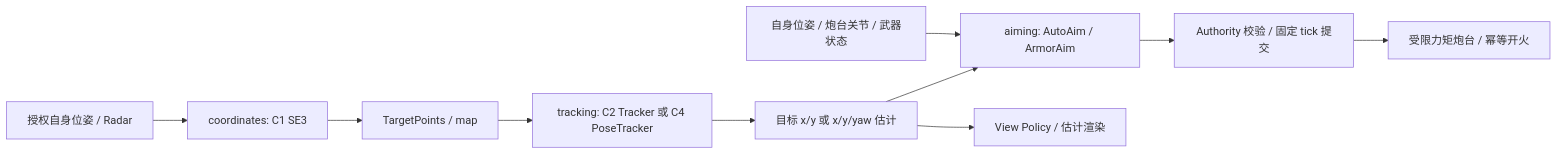
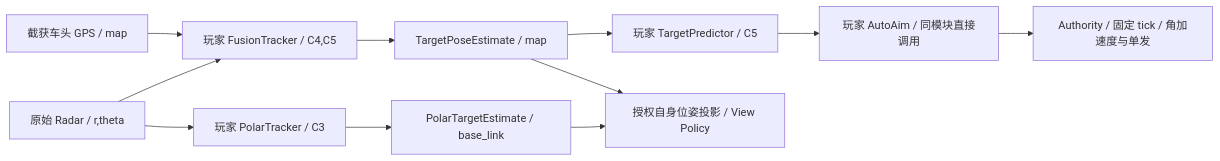
The diagram in docs/26_MODULE_GRAPH_AND_WEAPONS_CHAPTER.md (Yangyongyu0506/TankBot), drawn with Mermaid before and after one commit. The commit also changed other lines of this file and 84 other files, not shown here.

````diff
--- a/docs/26_MODULE_GRAPH_AND_WEAPONS_CHAPTER.md
+++ b/docs/26_MODULE_GRAPH_AND_WEAPONS_CHAPTER.md
@@ -29,12 +26,13 @@
 ```mermaid
 flowchart LR
-    S[授权自身位姿 / Radar] --> C[coordinates: C1 SE3]
-    C --> P[TargetPoints / map]
-    P --> T[tracking: C2 Tracker 或 C4 PoseTracker]
-    T --> E[目标 x/y 或 x/y/yaw 估计]
-    E --> A[aiming: AutoAim / ArmorAim]
-    J[自身位姿 / 炮台关节 / 武器状态] --> A
-    A --> G[Authority 校验 / 固定 tick 提交]
-    G --> M[受限力矩炮台 / 幂等开火]
-    E --> V[View Policy / 估计渲染]
+    R[原始 Radar / r,theta] --> E[玩家 PolarTracker / C3]
+    E --> RT[PolarTargetEstimate / base_link]
+    R --> F[玩家 FusionTracker / C4,C5]
+    G[截获车头 GPS / map] --> F
+    F --> TP[TargetPoseEstimate / map]
+    TP --> P[玩家 TargetPredictor / C5]
+    P --> C[玩家 AutoAim / 同模块直接调用]
+    C --> A[Authority / 固定 tick / 角加速度与单发]
+    RT --> V[授权自身位姿投影 / View Policy]
+    TP --> V
 ```
````
